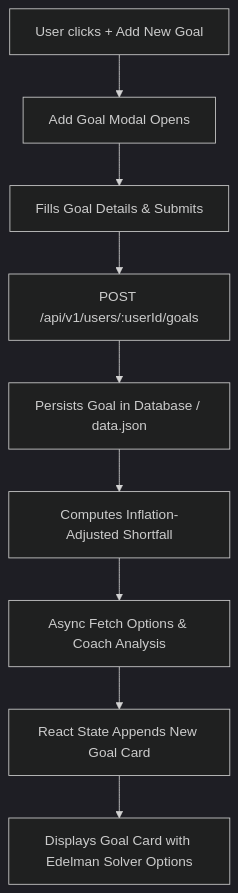
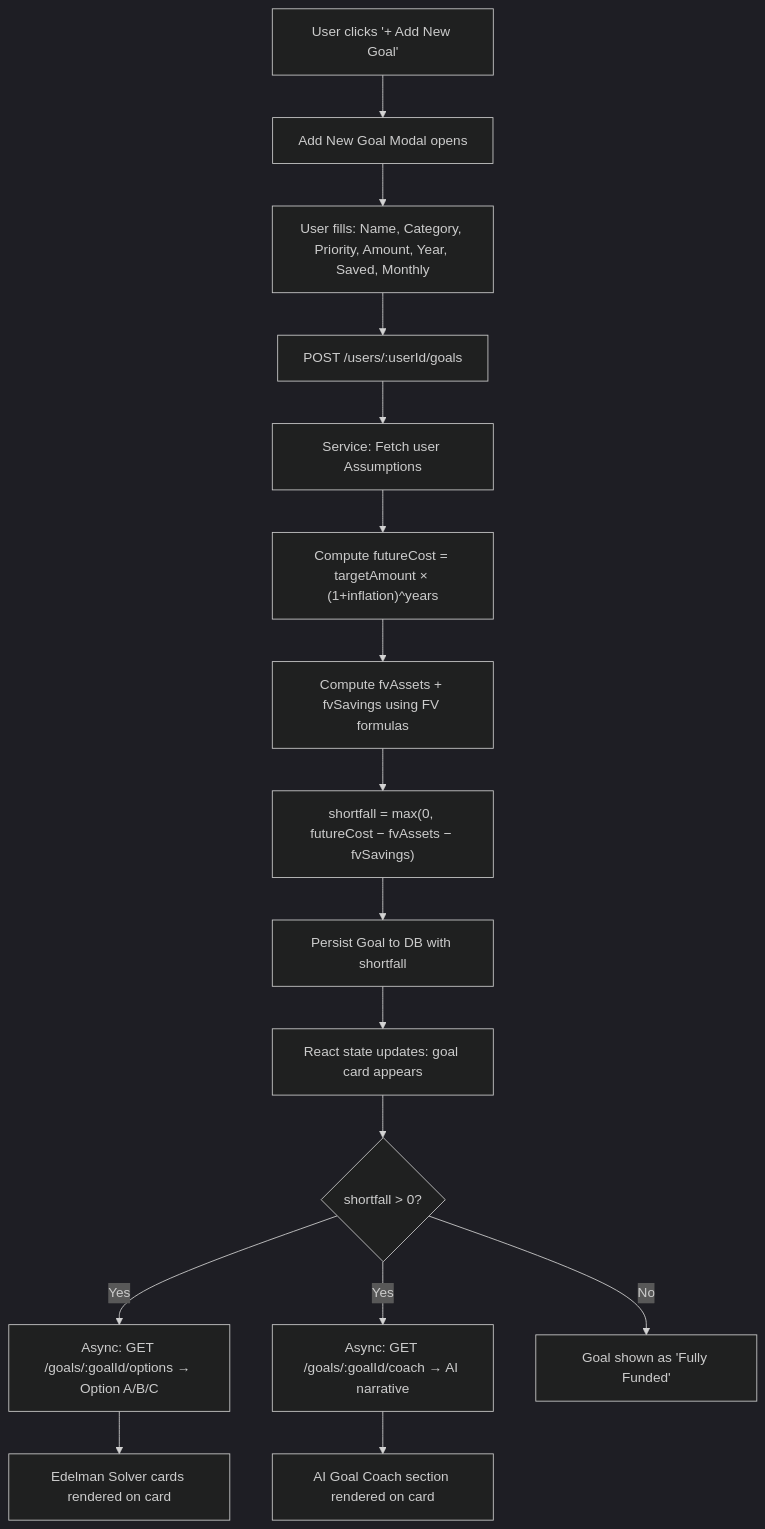
Before and after one commit to AbhayBhise/Personal-Wealth-Management-Module--Weallth: the seventh of 9 diagrams in PROJECT_DOCUMENTATION.md, drawn with Mermaid (dark theme). The commit also changed other lines of this file, not shown here.

````diff
--- a/PROJECT_DOCUMENTATION.md
+++ b/PROJECT_DOCUMENTATION.md
@@ -265,11 +967,18 @@
 ```mermaid
-graph TD
-    UserClick["User clicks + Add New Goal"] --> ModalOpen["Add Goal Modal Opens"]
-    ModalOpen --> FillForm["Fills Goal Details & Submits"]
-    FillForm --> APIPost["POST /api/v1/users/:userId/goals"]
-    APIPost --> DBCreate["Persists Goal in Database / data.json"]
-    DBCreate --> CalcShortfall["Computes Inflation-Adjusted Shortfall"]
-    CalcShortfall --> FetchOptions["Async Fetch Options & Coach Analysis"]
-    FetchOptions --> UpdateState["React State Appends New Goal Card"]
-    UpdateState --> RenderUI["Displays Goal Card with Edelman Solver Options"]
+flowchart TD
+    A["User clicks '+ Add New Goal'"] --> B["Add New Goal Modal opens"]
+    B --> C["User fills: Name, Category, Priority, Amount, Year, Saved, Monthly"]
+    C --> D["POST /users/:userId/goals"]
+    D --> E["Service: Fetch user Assumptions"]
+    E --> F["Compute futureCost = targetAmount × (1+inflation)^years"]
+    F --> G["Compute fvAssets + fvSavings using FV formulas"]
+    G --> H["shortfall = max(0, futureCost − fvAssets − fvSavings)"]
+    H --> I["Persist Goal to DB with shortfall"]
+    I --> J["React state updates: goal card appears"]
+    J --> K{shortfall > 0?}
+    K -- Yes --> L["Async: GET /goals/:goalId/options → Option A/B/C"]
+    K -- Yes --> M["Async: GET /goals/:goalId/coach → AI narrative"]
+    K -- No --> N["Goal shown as 'Fully Funded'"]
+    L --> O["Edelman Solver cards rendered on card"]
+    M --> P["AI Goal Coach section rendered on card"]
 ```
````
